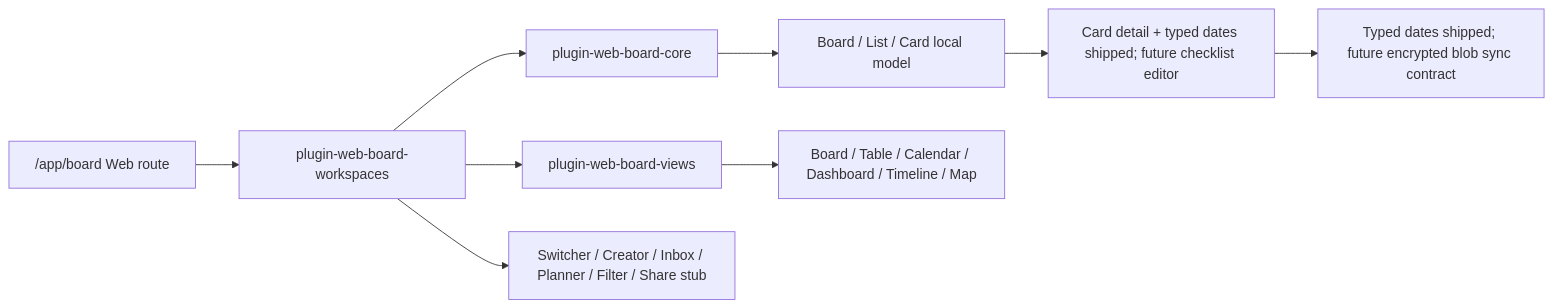
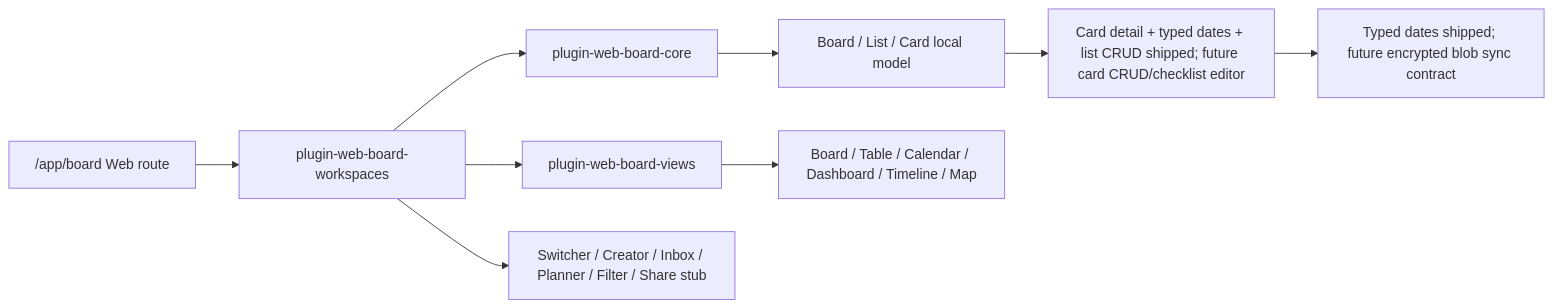
The diagram in docs/workflow/roadmap/xai-web-project-module.md (jinlong17/XAI_Desktop), drawn with Mermaid before and after one commit. The commit also changed other lines of this file and 2 other files, not shown here.

First line of the commit message:
docs(web-board-list-crud): mark shipped

````diff
--- a/docs/workflow/roadmap/xai-web-project-module.md
+++ b/docs/workflow/roadmap/xai-web-project-module.md
@@ -50,11 +50,11 @@
 ```mermaid
 flowchart LR
   A["/app/board Web route"] --> B["plugin-web-board-workspaces"]
   B --> C["plugin-web-board-core"]
   B --> D["plugin-web-board-views"]
   C --> E["Board / List / Card local model"]
   D --> F["Board / Table / Calendar / Dashboard / Timeline / Map"]
   B --> G["Switcher / Creator / Inbox / Planner / Filter / Share stub"]
-  E --> H["Card detail + typed dates shipped; future checklist editor"]
+  E --> H["Card detail + typed dates + list CRUD shipped; future card CRUD/checklist editor"]
   H --> I["Typed dates shipped; future encrypted blob sync contract"]
 ```
````
